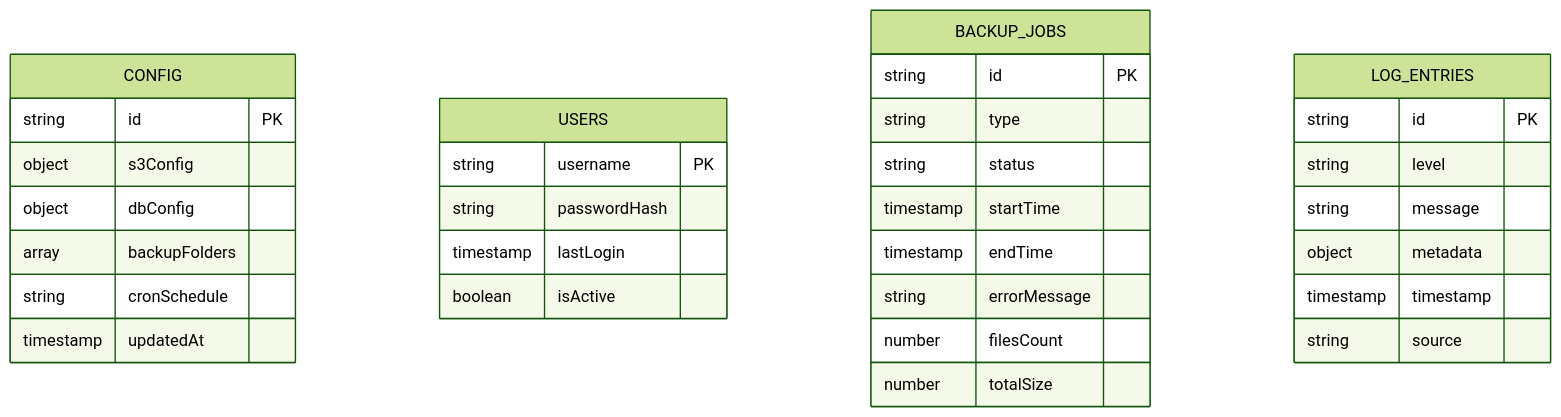
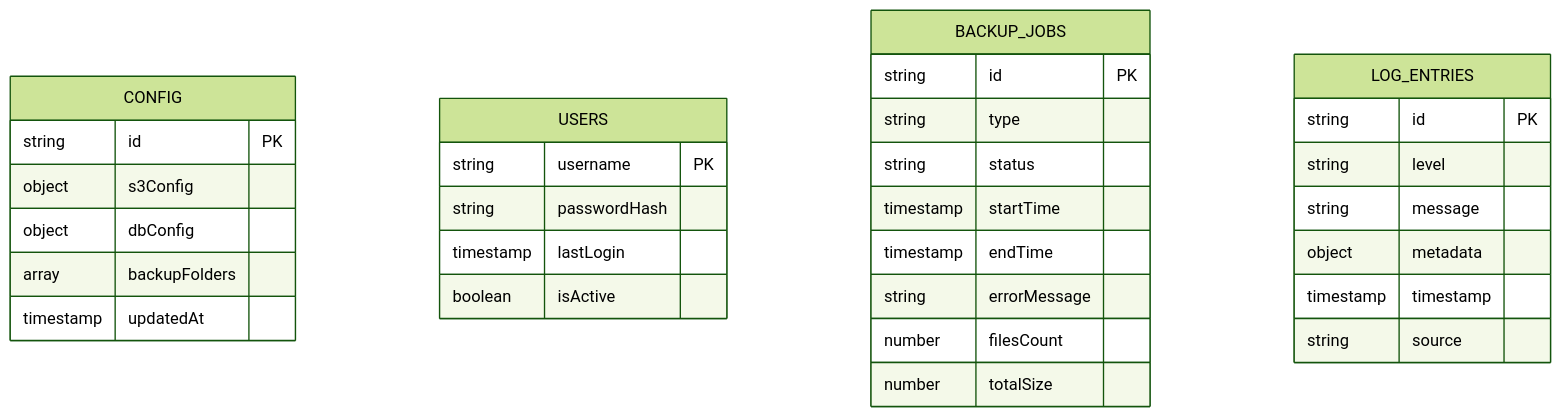
Before and after one commit to agc-desarrollo/backup_s3: the third of 3 diagrams in .trae/documents/technical_architecture.md, drawn with Mermaid (forest theme). The commit also changed other lines of this file and 11 other files, not shown here.

````diff
--- a/.trae/documents/technical_architecture.md
+++ b/.trae/documents/technical_architecture.md
@@ -211,38 +209,38 @@
 ```mermaid
 erDiagram
     CONFIG {
         string id PK
         object s3Config
         object dbConfig
         array backupFolders
-        string cronSchedule
+
         timestamp updatedAt
     }
     
     USERS {
         string username PK
         string passwordHash
         timestamp lastLogin
         boolean isActive
     }
     
     BACKUP_JOBS {
         string id PK
         string type
         string status
         timestamp startTime
         timestamp endTime
         string errorMessage
         number filesCount
         number totalSize
     }
     
     LOG_ENTRIES {
         string id PK
         string level
         string message
         object metadata
         timestamp timestamp
         string source
     }
 ```
````
